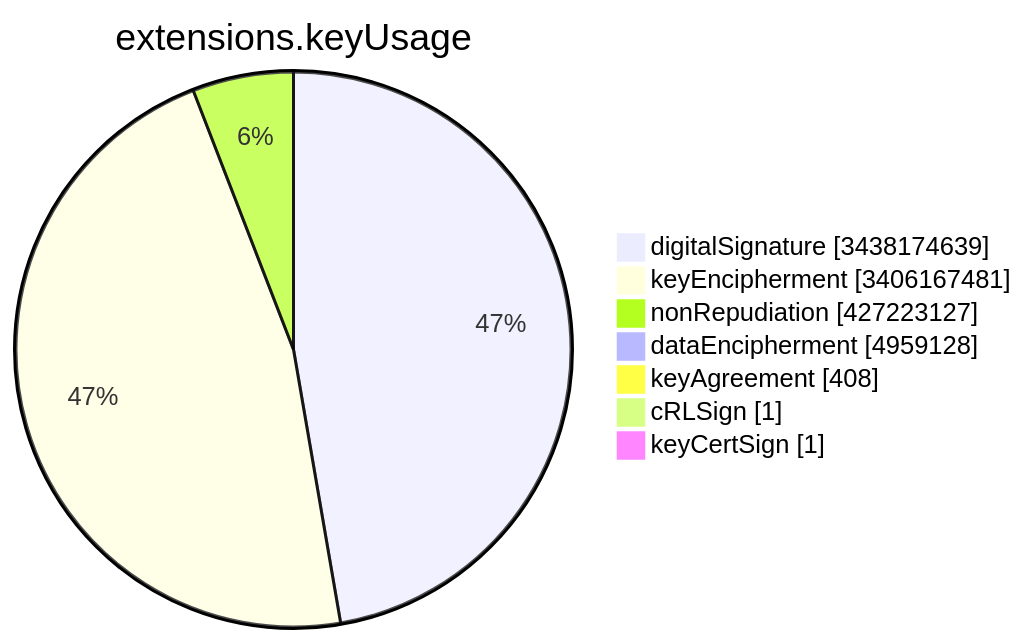
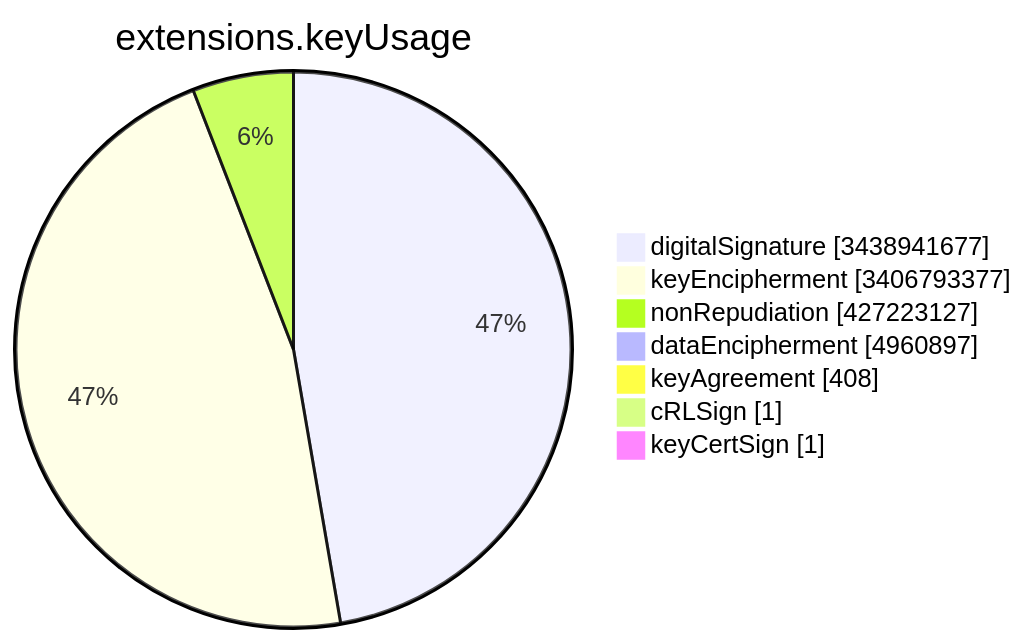
The sixth of 15 diagrams in TOTAL/README.md (christiankrug/ctmonitor_visualization), drawn with Mermaid before and after one commit. The commit also changed other lines of this file, not shown here.

````diff
--- a/TOTAL/README.md
+++ b/TOTAL/README.md
@@ -3081,11 +3081,11 @@
 ```mermaid
 pie showData
 title extensions.keyUsage
-"digitalSignature" :3438174639
-"keyEncipherment" :3406167481
+"digitalSignature" :3438941677
+"keyEncipherment" :3406793377
 "nonRepudiation" :427223127
-"dataEncipherment" :4959128
+"dataEncipherment" :4960897
 "keyAgreement" :408
 "cRLSign" :1
 "keyCertSign" :1
 ```
````
